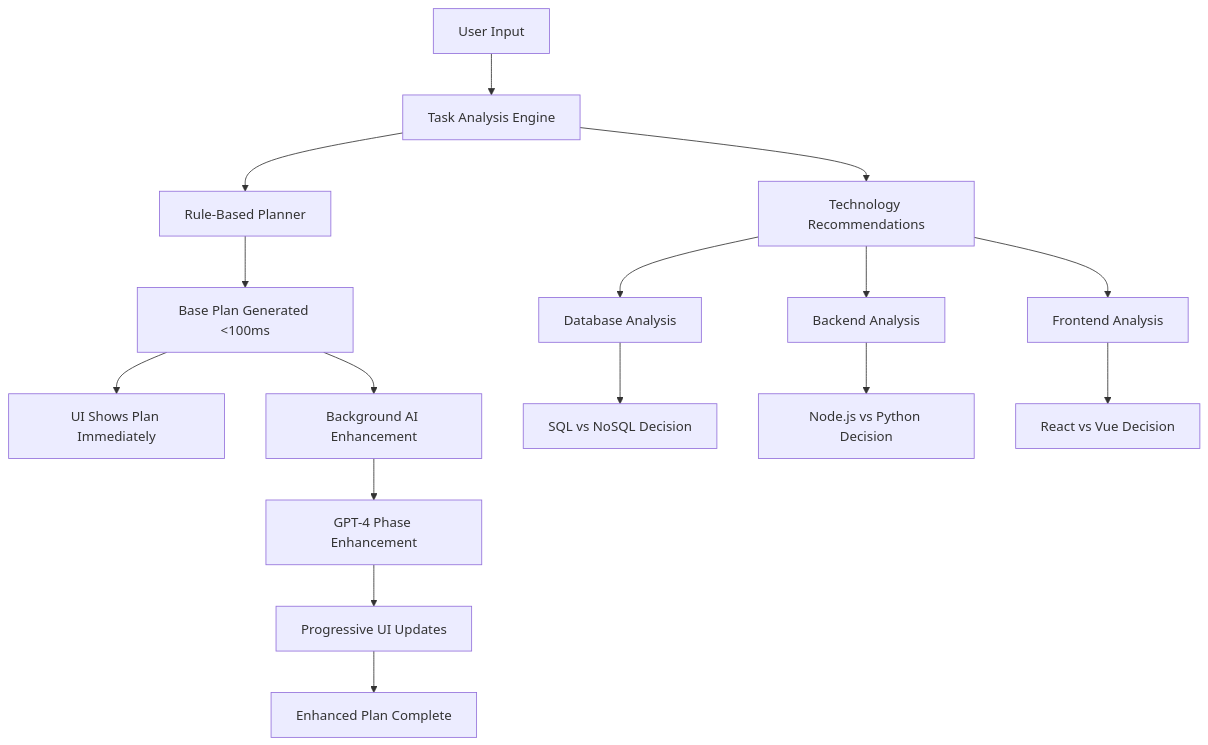
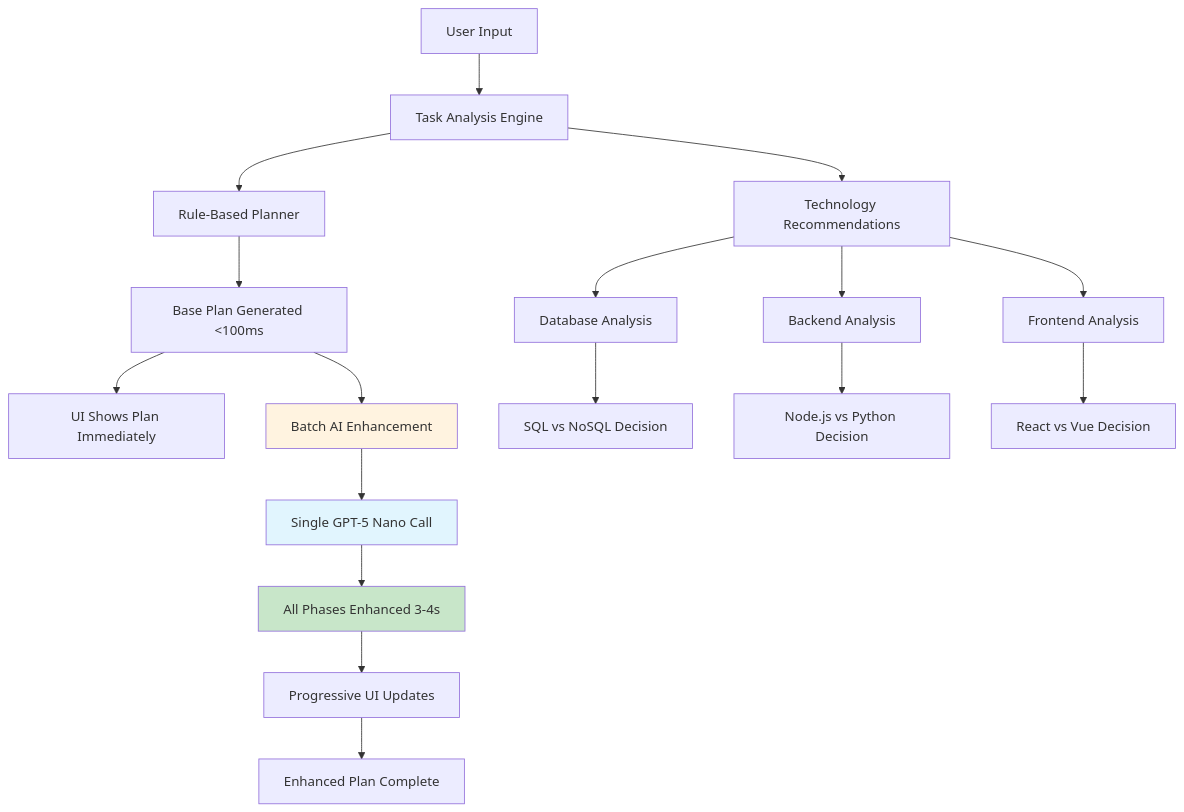
Before and after one commit to deepak-singh19/TraycerLite: the diagram in README.md, drawn with Mermaid. The commit also changed other lines of this file and 3 other files, not shown here.

First line of the commit message:
Fix technology recommendations flashing issue in production

````diff
--- a/README.md
+++ b/README.md
@@ -34,19 +41,24 @@
 ```mermaid
 graph TD
     A[User Input] --> B[Task Analysis Engine]
     B --> C[Rule-Based Planner]
     C --> D[Base Plan Generated <100ms]
     D --> E[UI Shows Plan Immediately]
-    D --> F[Background AI Enhancement]
-    F --> G[GPT-4 Phase Enhancement]
-    G --> H[Progressive UI Updates]
-    H --> I[Enhanced Plan Complete]
+    D --> F[Batch AI Enhancement]
+    F --> G[Single GPT-5 Nano Call]
+    G --> H[All Phases Enhanced 3-4s]
+    H --> I[Progressive UI Updates]
+    I --> J[Enhanced Plan Complete]
     
-    B --> J[Technology Recommendations]
-    J --> K[Database Analysis]
-    J --> L[Backend Analysis] 
-    J --> M[Frontend Analysis]
-    K --> N[SQL vs NoSQL Decision]
-    L --> O[Node.js vs Python Decision]
-    M --> P[React vs Vue Decision]
+    B --> K[Technology Recommendations]
+    K --> L[Database Analysis]
+    K --> M[Backend Analysis] 
+    K --> N[Frontend Analysis]
+    L --> O[SQL vs NoSQL Decision]
+    M --> P[Node.js vs Python Decision]
+    N --> Q[React vs Vue Decision]
+    
+    style G fill:#e1f5fe
+    style H fill:#c8e6c9
+    style F fill:#fff3e0
 ```
````
